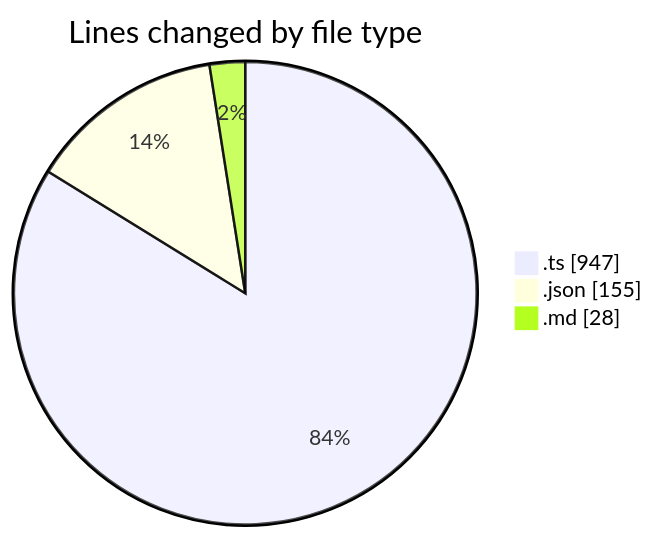
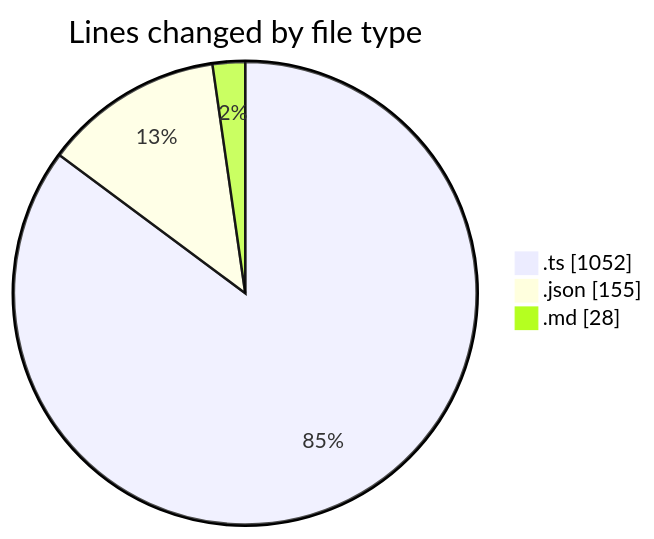
Before and after one commit to ernivani/code-tracking: the first of 2 diagrams in 2025-01-03/my-code-activity-ext/README.md, drawn with Mermaid. The commit also changed other lines of this file and 6 other files, not shown here.

````diff
--- a/2025-01-03/my-code-activity-ext/README.md
+++ b/2025-01-03/my-code-activity-ext/README.md
@@ -26,7 +27,7 @@
 ```mermaid
 pie showData
 title Lines changed by file type
-".ts" : 947
+".ts" : 1052
 ".json" : 155
 ".md" : 28
 ```
````
